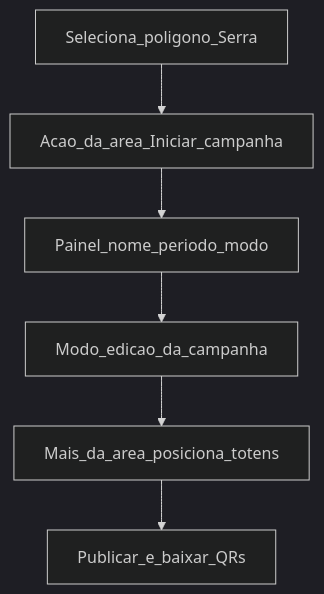
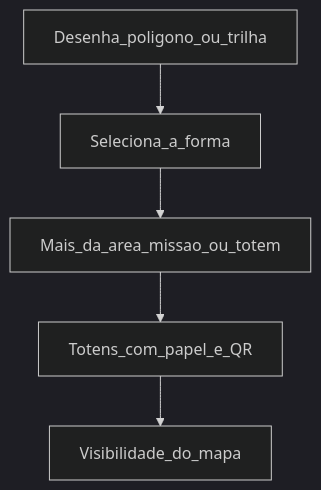
The third of 4 diagrams in docs/CAMPANHA_FIGITAL.md (andrebritoassumpcao/territorio-map), drawn with Mermaid (dark theme) before and after one commit. The commit also changed other lines of this file and 1 other file, not shown here.

````diff
--- a/docs/CAMPANHA_FIGITAL.md
+++ b/docs/CAMPANHA_FIGITAL.md
@@ -168,10 +178,9 @@
 ```mermaid
 flowchart TD
-  clickPoly[Seleciona_poligono_Serra]
-  acao[Acao_da_area_Iniciar_campanha]
-  rascunho[Painel_nome_periodo_modo]
-  modoEdicao[Modo_edicao_da_campanha]
-  totens[Mais_da_area_posiciona_totens]
-  publicar[Publicar_e_baixar_QRs]
-  clickPoly --> acao --> rascunho --> modoEdicao --> totens --> publicar
+  desenha[Desenha_poligono_ou_trilha]
+  seleciona[Seleciona_a_forma]
+  mais[Mais_da_area_missao_ou_totem]
+  totens[Totens_com_papel_e_QR]
+  visib[Visibilidade_do_mapa]
+  desenha --> seleciona --> mais --> totens --> visib
 ```
````
